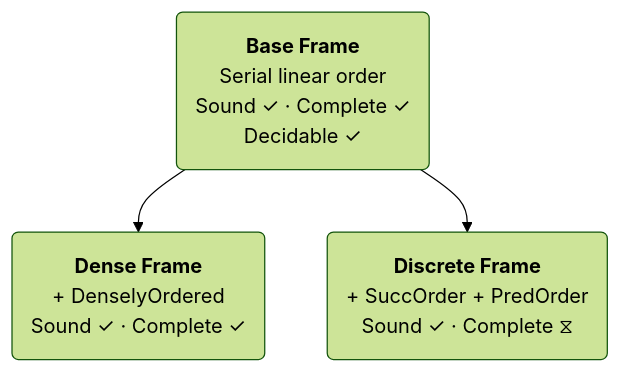
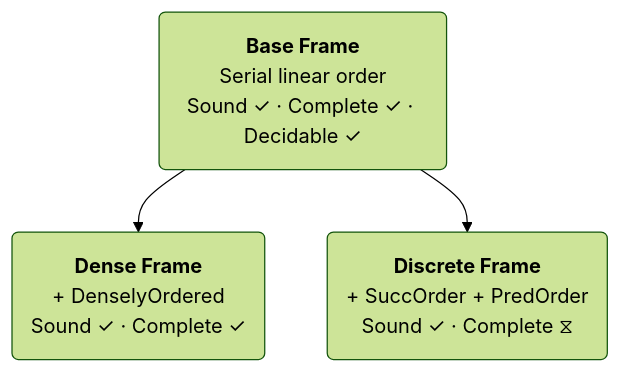
One commit to benbrastmckie/BimodalLogic changed the diagram in README.md. Above: the diagram before and after it, drawn with Mermaid (forest theme).

````diff
--- a/README.md
+++ b/README.md
@@ -120,13 +120,9 @@
 ```mermaid
 graph TD
-    B("<b>Base Frame</b><br/>Serial linear order<br/>Sound ✓ · Complete ✓<br/>Decidable ✓")
+    B("<b>Base Frame</b><br/>Serial linear order<br/>Sound ✓ · Complete ✓ · Decidable ✓")
     D("<b>Dense Frame</b><br/>+ DenselyOrdered<br/>Sound ✓ · Complete ✓")
     Z("<b>Discrete Frame</b><br/>+ SuccOrder + PredOrder<br/>Sound ✓ · Complete ⧖")
 
     B --> D
     B --> Z
-
-    style B min-width:350px
-    style D min-width:350px
-    style Z min-width:350px
 ```
````
